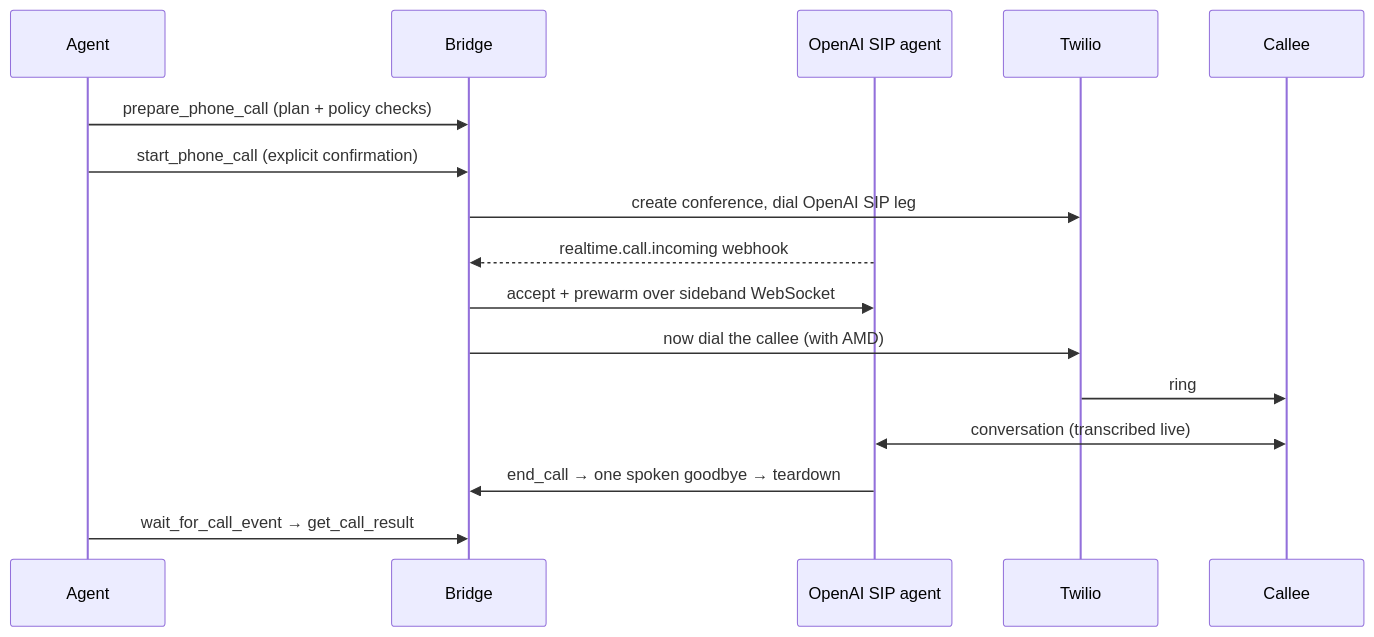
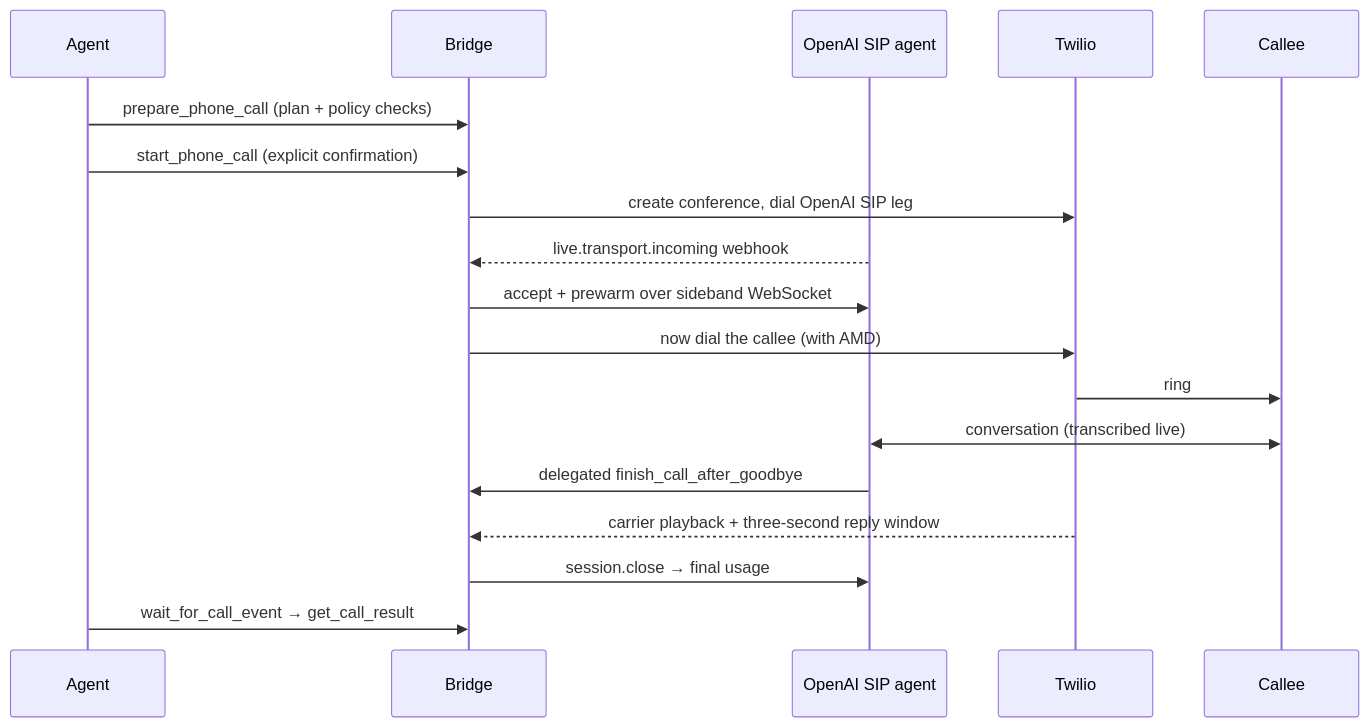
The diagram in docs/reference.md (XiyaoWang0519/agent-call), drawn with Mermaid before and after one commit. The commit also changed other lines of this file and 59 other files, not shown here.

````diff
--- a/docs/reference.md
+++ b/docs/reference.md
@@ -7,19 +7,21 @@
 ```mermaid
 sequenceDiagram
     participant A as Agent
     participant B as Bridge
     participant O as OpenAI SIP agent
     participant T as Twilio
     participant C as Callee
 
     A->>B: prepare_phone_call (plan + policy checks)
     A->>B: start_phone_call (explicit confirmation)
     B->>T: create conference, dial OpenAI SIP leg
-    O-->>B: realtime.call.incoming webhook
+    O-->>B: live.transport.incoming webhook
     B->>O: accept + prewarm over sideband WebSocket
     B->>T: now dial the callee (with AMD)
     T->>C: ring
     O<<->>C: conversation (transcribed live)
-    O->>B: end_call → one spoken goodbye → teardown
+    O->>B: delegated finish_call_after_goodbye
+    T-->>B: carrier playback + three-second reply window
+    B->>O: session.close → final usage
     A->>B: wait_for_call_event → get_call_result
 ```
````
